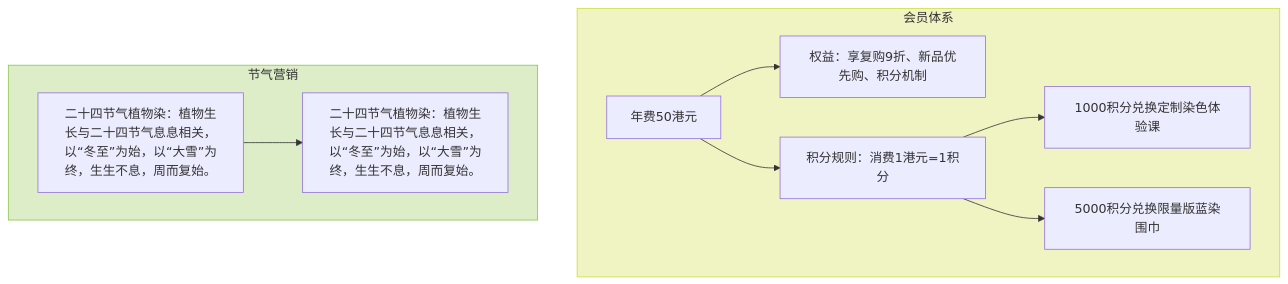
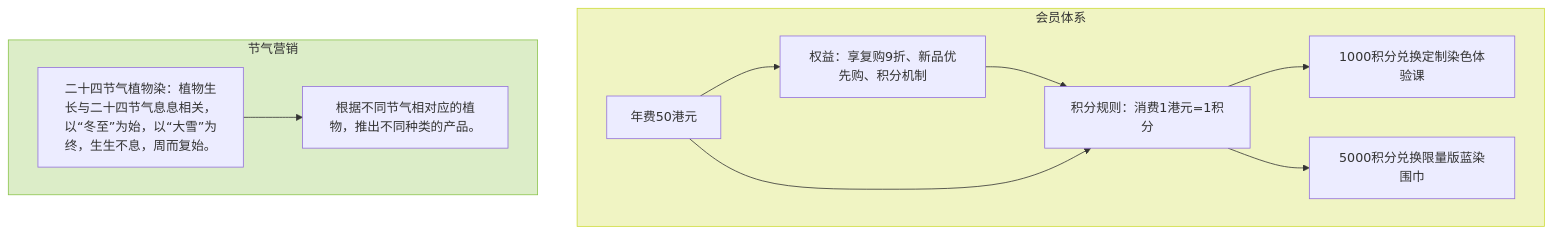
One commit to NaturalRice/git-demo changed the fourth of 4 diagrams in README.md. Above: the diagram before and after it, drawn with Mermaid.

````diff
--- a/README.md
+++ b/README.md
@@ -42,14 +42,15 @@
 ```mermaid
 flowchart TB
     subgraph 会员体系
         A[年费50港元] --> B["权益：享复购9折、新品优先购、积分机制"]
+        B --> C
         A --> C["积分规则：消费1港元=1积分"]
         C --> D["1000积分兑换定制染色体验课"]
         C --> E["5000积分兑换限量版蓝染围巾"]
     end
     subgraph 节气营销
-        F["二十四节气植物染：植物生长与二十四节气息息相关，以“冬至”为始，以“大雪”为终，生生不息，周而复始。"] --> G["二十四节气植物染：植物生长与二十四节气息息相关，以“冬至”为始，以“大雪”为终，生生不息，周而复始。"]
+        F["二十四节气植物染：植物生长与二十四节气息息相关，以“冬至”为始，以“大雪”为终，生生不息，周而复始。"] --> G["根据不同节气相对应的植物，推出不同种类的产品。"]
     end
     style 会员体系 fill:#f0f4c3,stroke:#cddc39
     style 节气营销 fill:#dcedc8,stroke:#8bc34a
 ```
````
